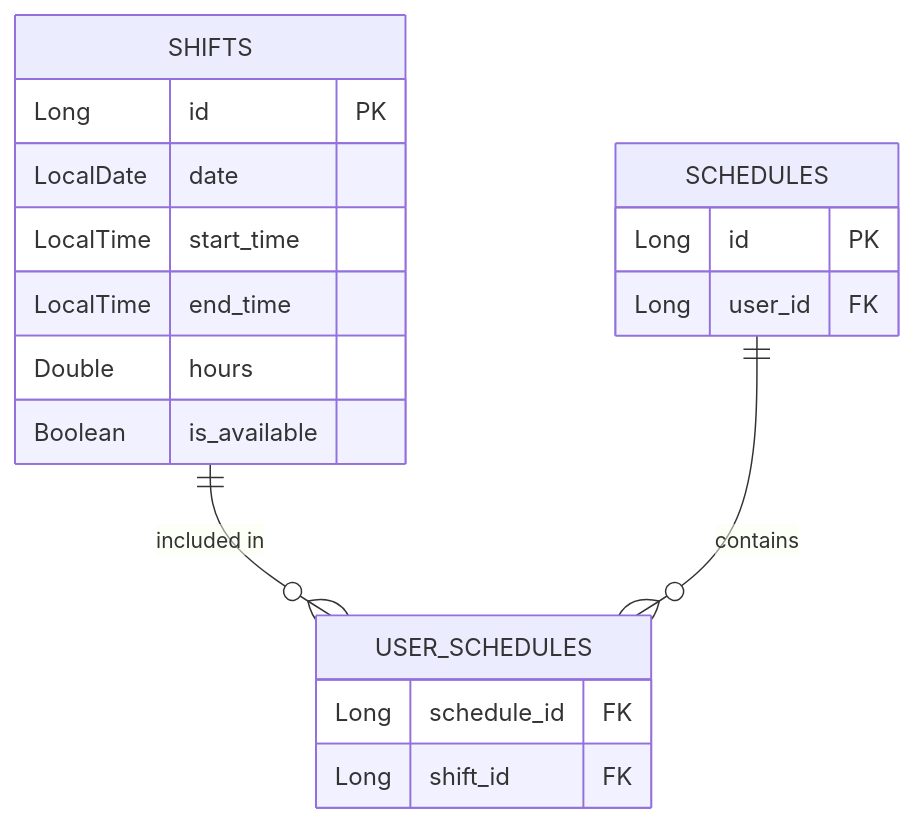
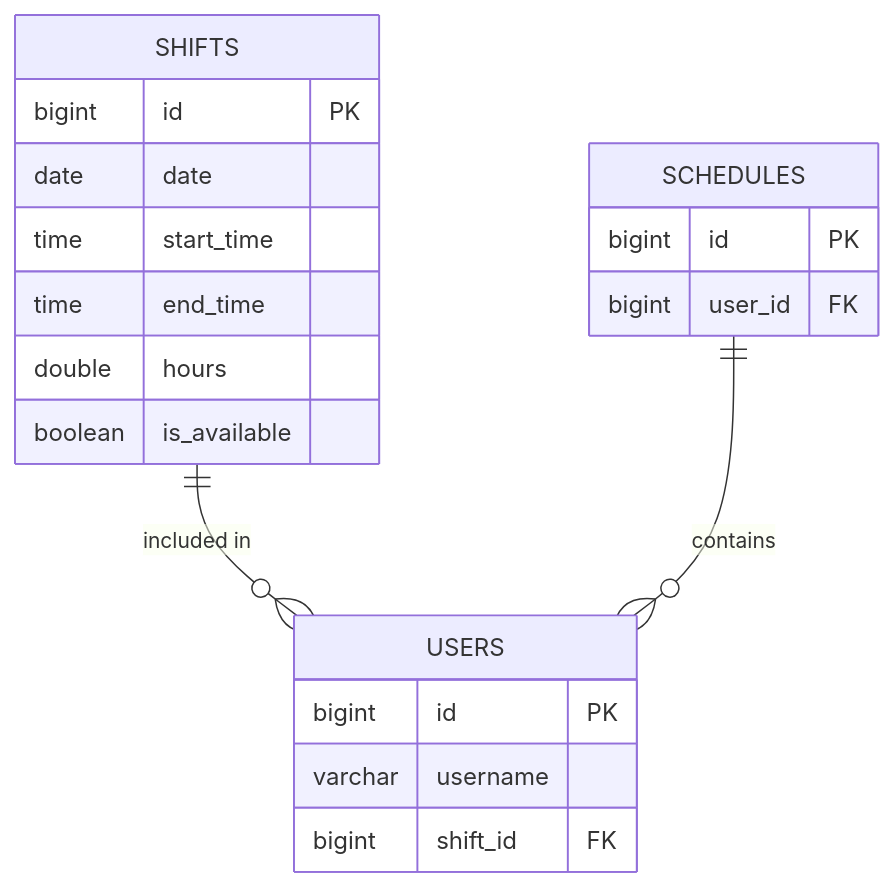
The diagram in README.md (lakshmipcherukula-arch/ShiftPlanner), drawn with Mermaid before and after one commit. The commit also changed other lines of this file, not shown here.

Commit message:
Revise database architecture details in README
Updated database architecture section to reflect changes in entity relationships and data types.

````diff
--- a/README.md
+++ b/README.md
@@ -75,23 +76,25 @@
 ```mermaid
 erDiagram
     SHIFTS {
-        Long id PK
-        LocalDate date
-        LocalTime start_time
-        LocalTime end_time
-        Double hours
-        Boolean is_available
+        bigint id PK
+        date date
+        time start_time
+        time end_time
+        double hours
+        boolean is_available
     }
 
     SCHEDULES {
-        Long id PK
-        Long user_id FK
+        bigint id PK
+        bigint user_id FK
     }
 
-    USER_SCHEDULES {
-        Long schedule_id FK
-        Long shift_id FK
+    USERS {
+        bigint id PK
+        varchar username
+        bigint shift_id FK
     }
-SHIFTS ||--o{ USER_SCHEDULES : "included in"
-SCHEDULES ||--o{ USER_SCHEDULES : "contains" 
+
+    SHIFTS ||--o{ USERS : "included in"
+    SCHEDULES ||--o{ USERS : "contains"
 ```
````
